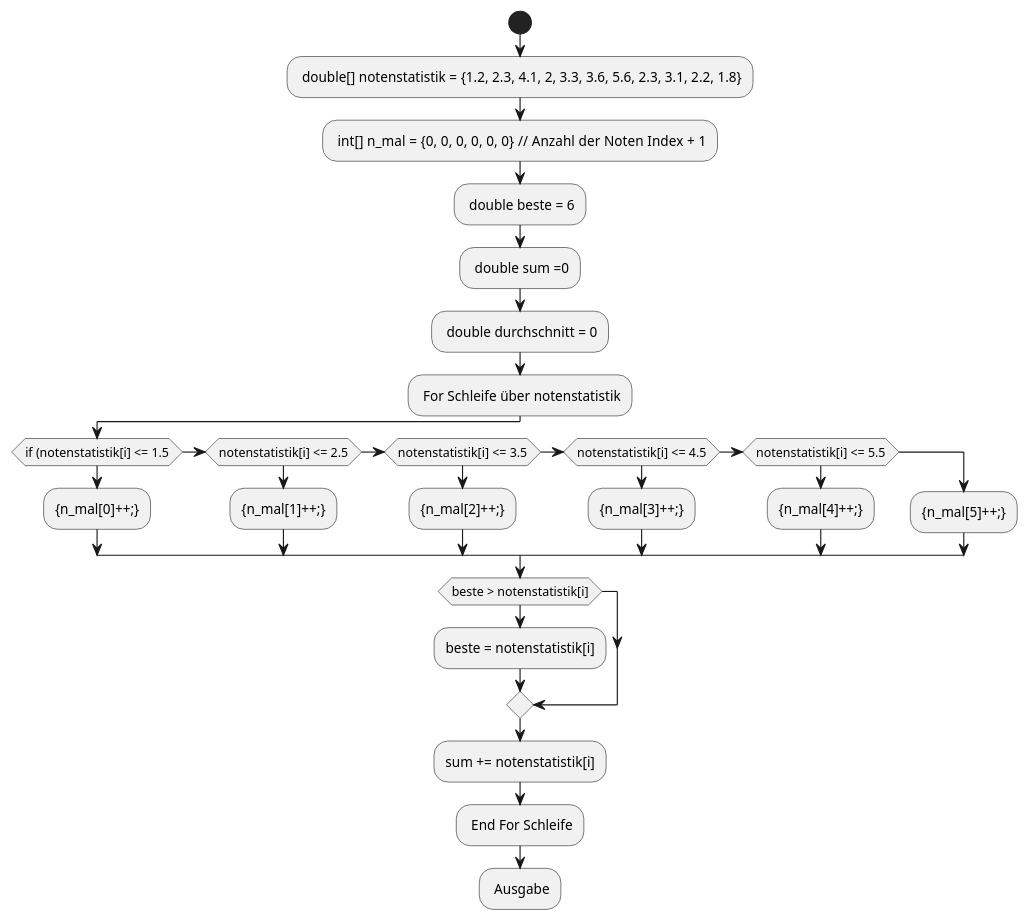
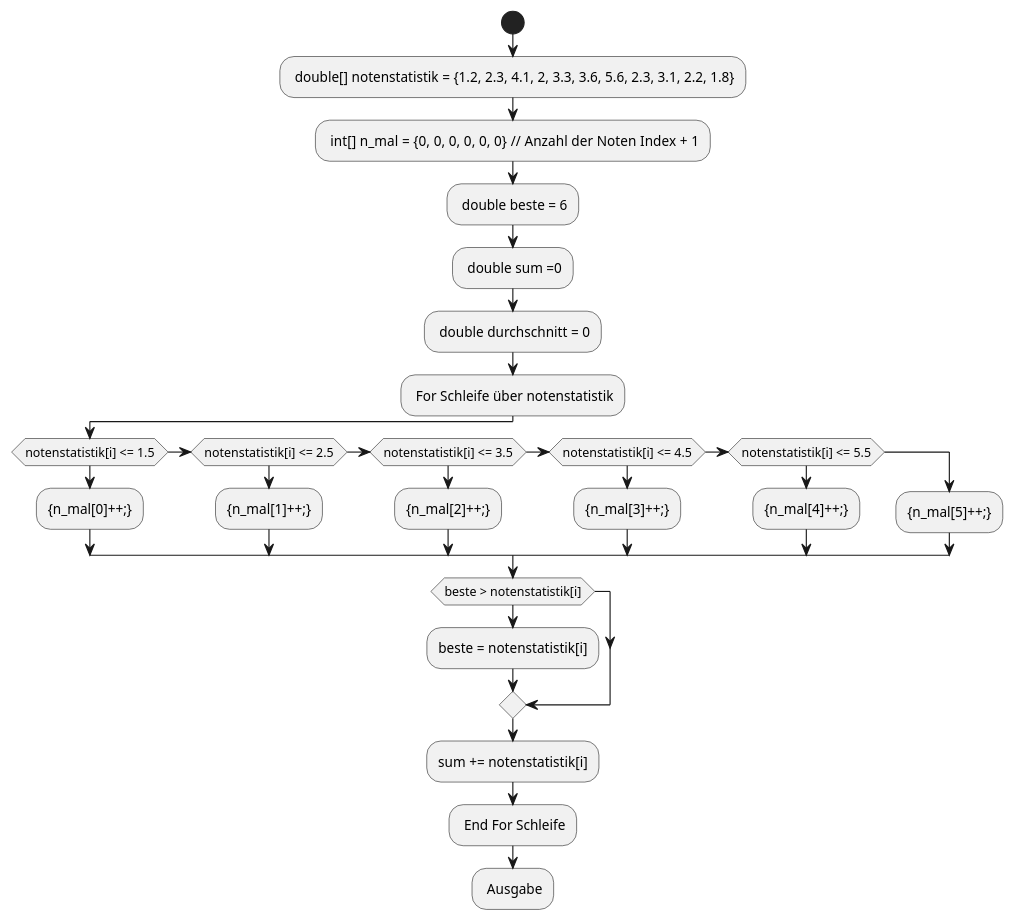
Before and after one commit to Martin1088/Java-With-Screenreader: the diagram in RU/Array/out/production/Array/Note.puml, drawn with PlantUML. The commit also changed 2 other files, not shown here.

```diff
--- a/RU/Array/out/production/Array/Note.puml
+++ b/RU/Array/out/production/Array/Note.puml
@@ -1,28 +1,28 @@
 @startuml
 start
 : double[] notenstatistik = {1.2, 2.3, 4.1, 2, 3.3, 3.6, 5.6, 2.3, 3.1, 2.2, 1.8};
 : int[] n_mal = {0, 0, 0, 0, 0, 0} // Anzahl der Noten  Index + 1;
 : double beste = 6;
 : double sum =0;
 : double durchschnitt = 0;
 : For Schleife über notenstatistik;
-if (if (notenstatistik[i] <= 1.5)
+if (notenstatistik[i] <= 1.5)
 :{n_mal[0]++;};
 elseif (notenstatistik[i] <= 2.5)
 :{n_mal[1]++;};
 elseif (notenstatistik[i] <= 3.5)
 :{n_mal[2]++;};
 elseif (notenstatistik[i] <= 4.5)
 :{n_mal[3]++;};
 elseif (notenstatistik[i] <= 5.5)
 :{n_mal[4]++;};
 else
 :{n_mal[5]++;};
 endif
 if (beste > notenstatistik[i])
 :beste = notenstatistik[i];
 endif
 :sum += notenstatistik[i];
 : End For Schleife;
 : Ausgabe;
 @enduml
```
